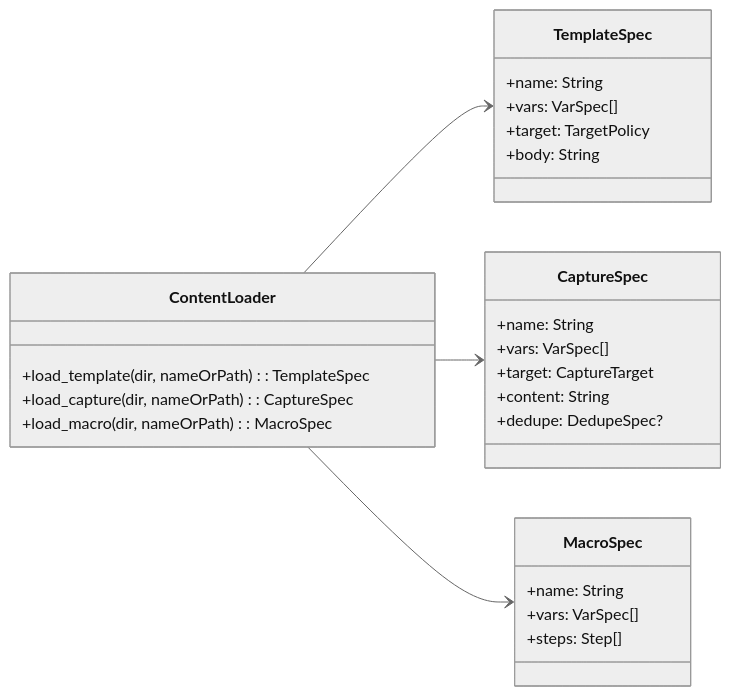
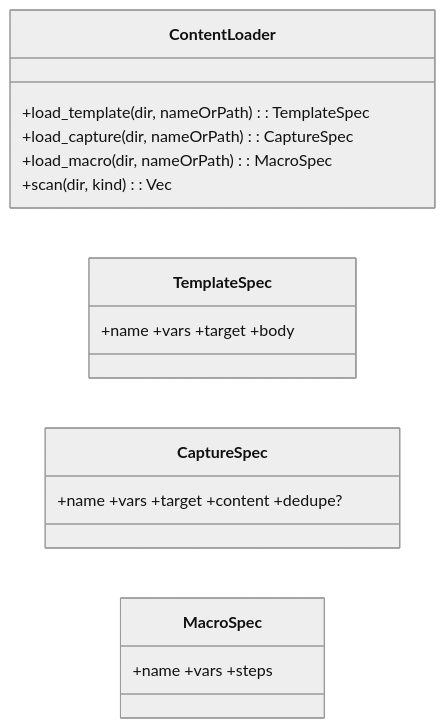
The fifth of 22 diagrams in docs/01_development_plan.md (agustinvalencia/mdvault), drawn with Mermaid (neutral theme) before and after one commit. The commit also changed other lines of this file and 2 other files, not shown here.

````diff
--- a/docs/01_development_plan.md
+++ b/docs/01_development_plan.md
@@ -139,32 +138,13 @@
 ```mermaid
 classDiagram
   direction LR
   class ContentLoader {
     +load_template(dir, nameOrPath): TemplateSpec
     +load_capture(dir, nameOrPath): CaptureSpec
     +load_macro(dir, nameOrPath): MacroSpec
+    +scan(dir, kind): Vec<ItemMeta>
   }
-
-  class TemplateSpec {
-    +name: String
-    +vars: VarSpec[]
-    +target: TargetPolicy
-    +body: String
-  }
-  class CaptureSpec {
-    +name: String
-    +vars: VarSpec[]
-    +target: CaptureTarget
-    +content: String
-    +dedupe: DedupeSpec?
-  }
-  class MacroSpec {
-    +name: String
-    +vars: VarSpec[]
-    +steps: Step[]
-  }
-
-  ContentLoader --> TemplateSpec
-  ContentLoader --> CaptureSpec
-  ContentLoader --> MacroSpec
+  class TemplateSpec { +name +vars +target +body }
+  class CaptureSpec { +name +vars +target +content +dedupe? }
+  class MacroSpec   { +name +vars +steps }
 ```
````
